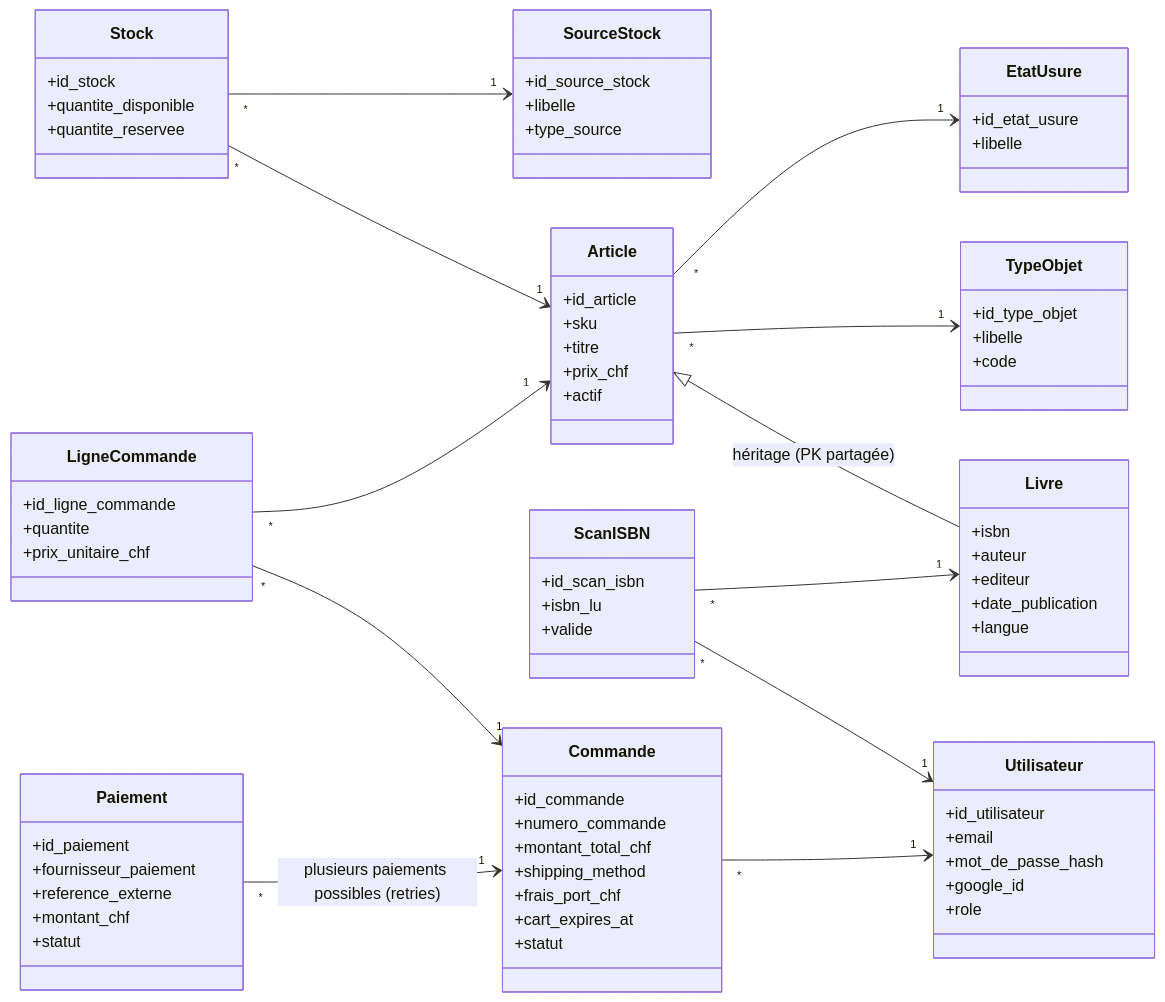
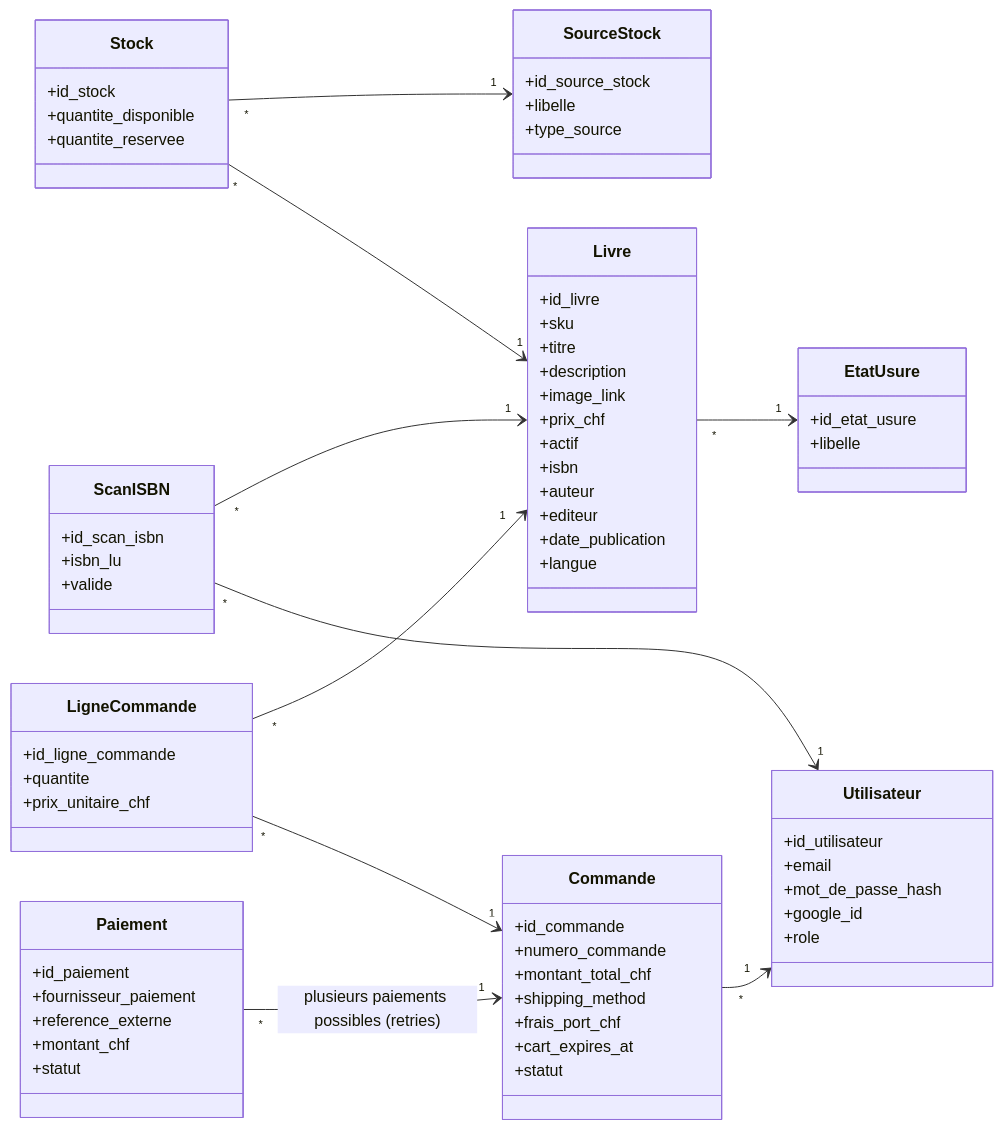
Before and after one commit to Visualstudiocodetest/caribooks: the diagram in diagrams/classes.mmd, drawn with Mermaid. The commit also changed 59 other files, not shown here.

```diff
--- a/diagrams/classes.mmd
+++ b/diagrams/classes.mmd
@@ -1,82 +1,75 @@
 %% Diagramme de classes — Modèle objet CARIBOOKS
 classDiagram
     direction LR
 
-    class TypeObjet {
-        +id_type_objet
-        +libelle
-        +code
-    }
     class EtatUsure {
         +id_etat_usure
         +libelle
     }
     class SourceStock {
         +id_source_stock
         +libelle
         +type_source
     }
-    class Article {
-        +id_article
+    class Livre {
+        +id_livre
         +sku
         +titre
+        +description
+        +image_link
         +prix_chf
         +actif
-    }
-    class Livre {
         +isbn
         +auteur
         +editeur
         +date_publication
         +langue
     }
     class Stock {
         +id_stock
         +quantite_disponible
         +quantite_reservee
     }
     class ScanISBN {
         +id_scan_isbn
         +isbn_lu
         +valide
     }
     class Utilisateur {
         +id_utilisateur
         +email
         +mot_de_passe_hash
         +google_id
         +role
     }
     class Commande {
         +id_commande
         +numero_commande
         +montant_total_chf
         +shipping_method
         +frais_port_chf
         +cart_expires_at
         +statut
     }
     class LigneCommande {
         +id_ligne_commande
         +quantite
         +prix_unitaire_chf
     }
     class Paiement {
         +id_paiement
         +fournisseur_paiement
         +reference_externe
         +montant_chf
         +statut
     }
 
-    Article <|-- Livre : héritage (PK partagée)
-    Article "*" --> "1" TypeObjet
-    Article "*" --> "1" EtatUsure
-    Stock "*" --> "1" Article
+    Livre "*" --> "1" EtatUsure
+    Stock "*" --> "1" Livre
     Stock "*" --> "1" SourceStock
     Commande "*" --> "1" Utilisateur
     LigneCommande "*" --> "1" Commande
-    LigneCommande "*" --> "1" Article
+    LigneCommande "*" --> "1" Livre
     Paiement "*" --> "1" Commande : plusieurs paiements possibles (retries)
     ScanISBN "*" --> "1" Utilisateur
     ScanISBN "*" --> "1" Livre
```
